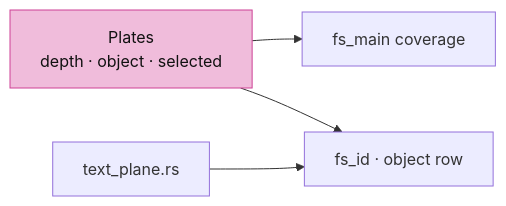
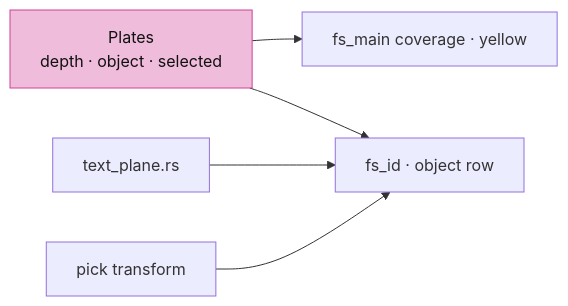
Before and after one commit to petrasvestartas/session: diagram 16 of 26 in session_viewer/docs/17-source-presentation.md, drawn with Mermaid. The commit also changed other lines of this file and 34 other files, not shown here.

First line of the commit message:
Course: each lesson teaches its file's final form; diagrams fit the column

````diff
--- a/session_viewer/docs/17-source-presentation.md
+++ b/session_viewer/docs/17-source-presentation.md
@@ -235,7 +281,8 @@
 ```mermaid
 flowchart LR
-    P["Plates<br/>depth · object · selected"] --> C["fs_main coverage"]
+    P["Plates<br/>depth · object · selected"] --> C["fs_main coverage · yellow"]
     P --> I["fs_id · object row"]
     W["text_plane.rs"] --> I
+    K["pick transform"] --> I
     style P fill:#f0bcdb,stroke:#ce4095,color:#111
 ```
````
